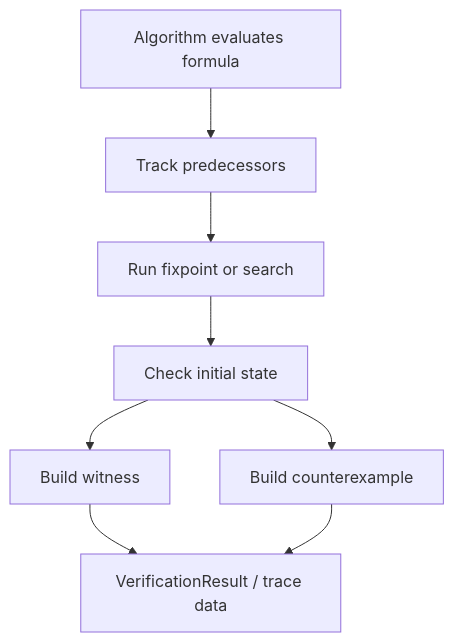
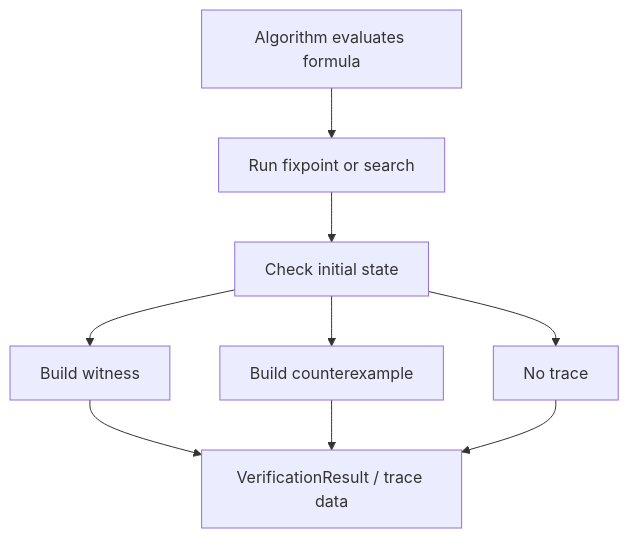
The third of 3 diagrams in docs/architecture.md (VITAMIN-organisation/vitamin-model-checker), drawn with Mermaid before and after one commit. The commit also changed other lines of this file and 19 other files, not shown here.

````diff
--- a/docs/architecture.md
+++ b/docs/architecture.md
@@ -146,14 +147,15 @@
 ```mermaid
 flowchart TD
     evaluate["Algorithm evaluates formula"]
-    predecessors["Track predecessors"]
     fixpoint["Run fixpoint or search"]
     satisfied["Check initial state"]
     witness["Build witness"]
     counterexample["Build counterexample"]
+    none["No trace"]
     trace["VerificationResult / trace data"]
 
-    evaluate --> predecessors --> fixpoint --> satisfied
+    evaluate --> fixpoint --> satisfied
     satisfied --> witness --> trace
     satisfied --> counterexample --> trace
+    satisfied --> none --> trace
 ```
````
